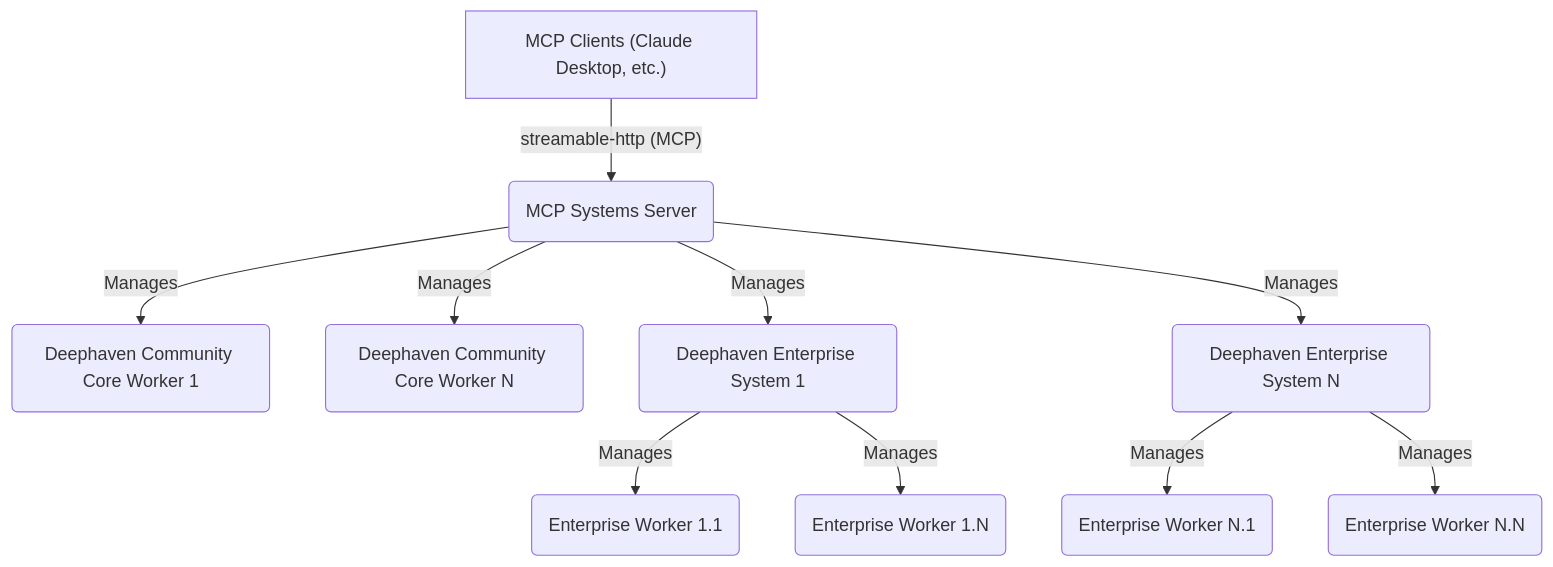
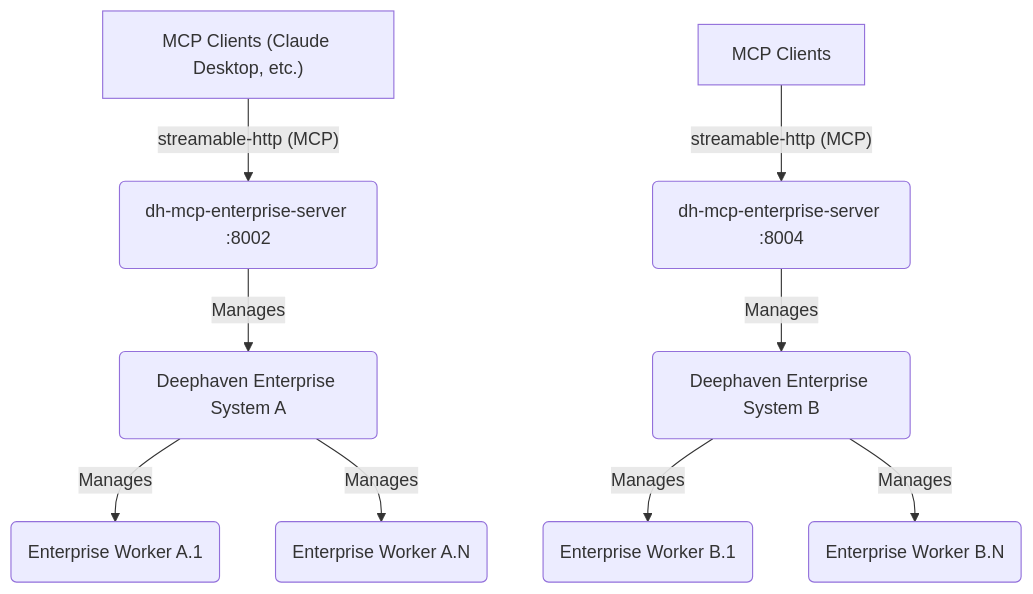
One commit to deephaven/deephaven-mcp changed the first of 4 diagrams in docs/DEVELOPER_GUIDE.md. Above: the diagram before and after it, drawn with Mermaid. The commit also changed other lines of this file and 2 other files, not shown here.

First line of the commit message:
docs: Update enterprise server auth model to per-request HTTP headers

````diff
--- a/docs/DEVELOPER_GUIDE.md
+++ b/docs/DEVELOPER_GUIDE.md
@@ -198,12 +205,11 @@
 ```mermaid
 graph TD
-    A["MCP Clients (Claude Desktop, etc.)"] --"streamable-http (MCP)"--> B("MCP Systems Server")
-    B --"Manages"--> C("Deephaven Community Core Worker 1")
-    B --"Manages"--> D("Deephaven Community Core Worker N")
-    B --"Manages"--> E("Deephaven Enterprise System 1")
-    B --"Manages"--> F("Deephaven Enterprise System N")
-    E --"Manages"--> G("Enterprise Worker 1.1")
-    E --"Manages"--> H("Enterprise Worker 1.N")
-    F --"Manages"--> I("Enterprise Worker N.1")
-    F --"Manages"--> J("Enterprise Worker N.N")
+    A["MCP Clients (Claude Desktop, etc.)"] --"streamable-http (MCP)"--> B("dh-mcp-enterprise-server :8002")
+    C["MCP Clients"] --"streamable-http (MCP)"--> D("dh-mcp-enterprise-server :8004")
+    B --"Manages"--> E("Deephaven Enterprise System A")
+    D --"Manages"--> F("Deephaven Enterprise System B")
+    E --"Manages"--> G("Enterprise Worker A.1")
+    E --"Manages"--> H("Enterprise Worker A.N")
+    F --"Manages"--> I("Enterprise Worker B.1")
+    F --"Manages"--> J("Enterprise Worker B.N")
 ```
````
